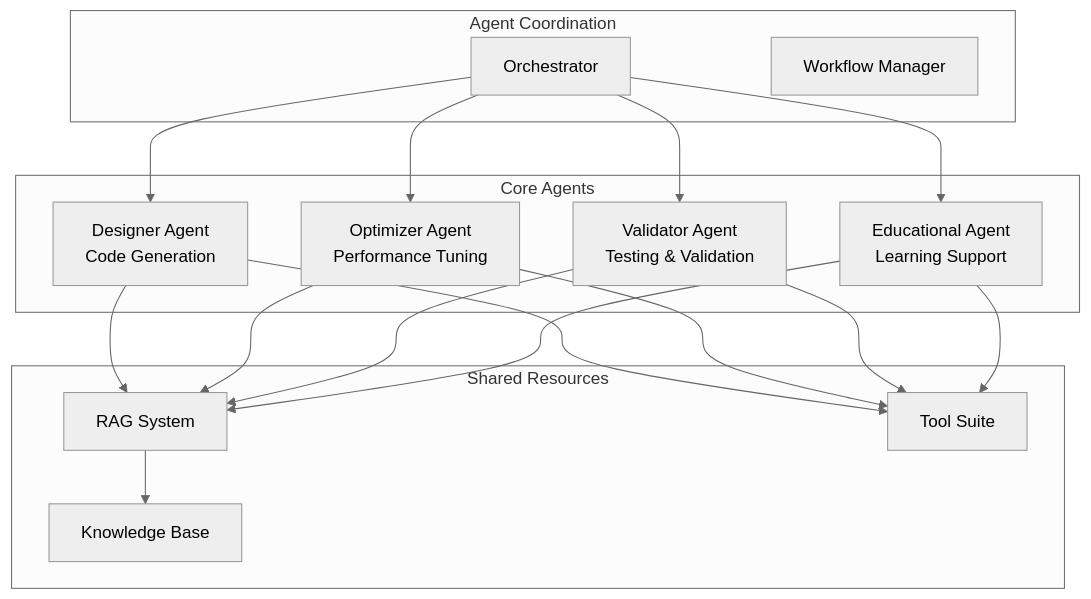
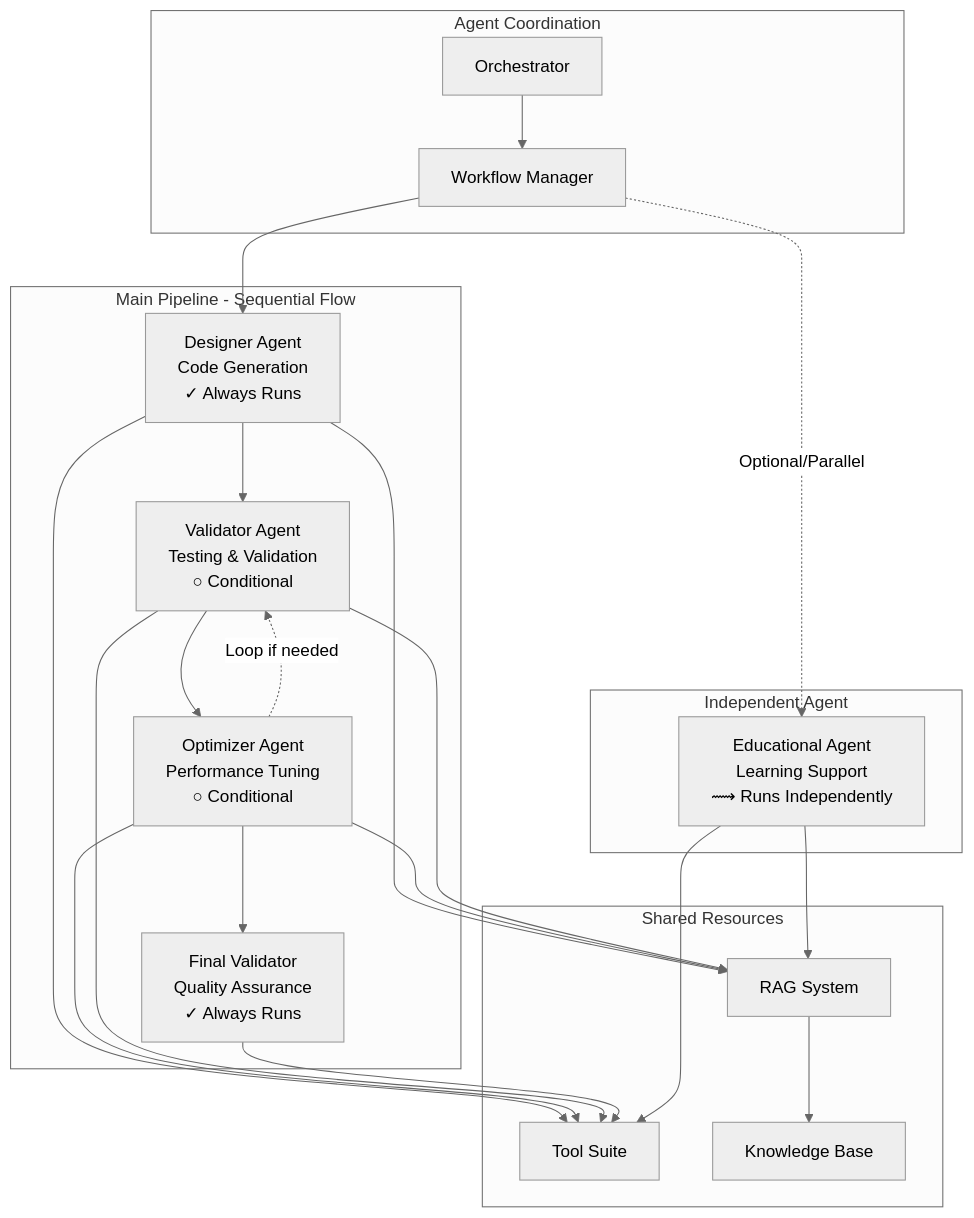
One commit to Umer-Farooq-CS/Cirq-RAG-Code-Assistant changed the first of 4 diagrams in docs/agents/README.md. Above: the diagram before and after it, drawn with Mermaid (neutral theme). The commit also changed other lines of this file and 8 other files, not shown here.

First line of the commit message:
docs: Update Agent Architecture to Sequential Pipeline

````diff
--- a/docs/agents/README.md
+++ b/docs/agents/README.md
@@ -9,37 +9,46 @@
 ```mermaid
 graph TD
     subgraph "Agent Coordination"
         ORCH[Orchestrator]
         WORKFLOW[Workflow Manager]
     end
     
-    subgraph "Core Agents"
-        DESIGNER[Designer Agent<br/>Code Generation]
-        OPTIMIZER[Optimizer Agent<br/>Performance Tuning]
-        VALIDATOR[Validator Agent<br/>Testing & Validation]
-        EDUCATIONAL[Educational Agent<br/>Learning Support]
+    subgraph "Main Pipeline - Sequential Flow"
+        DESIGNER[Designer Agent<br/>Code Generation<br/>✓ Always Runs]
+        VALIDATOR[Validator Agent<br/>Testing & Validation<br/>○ Conditional]
+        OPTIMIZER[Optimizer Agent<br/>Performance Tuning<br/>○ Conditional]
+        FINAL_VAL[Final Validator<br/>Quality Assurance<br/>✓ Always Runs]
+    end
+    
+    subgraph "Independent Agent"
+        EDUCATIONAL[Educational Agent<br/>Learning Support<br/>⟿ Runs Independently]
     end
     
     subgraph "Shared Resources"
         RAG[RAG System]
         TOOLS[Tool Suite]
         KB[Knowledge Base]
     end
     
-    ORCH --> DESIGNER
-    ORCH --> OPTIMIZER
-    ORCH --> VALIDATOR
-    ORCH --> EDUCATIONAL
+    ORCH --> WORKFLOW
+    WORKFLOW --> DESIGNER
+    DESIGNER --> VALIDATOR
+    VALIDATOR --> OPTIMIZER
+    OPTIMIZER -.->|Loop if needed| VALIDATOR
+    OPTIMIZER --> FINAL_VAL
+    
+    WORKFLOW -.->|Optional/Parallel| EDUCATIONAL
     
     DESIGNER --> RAG
     OPTIMIZER --> RAG
     VALIDATOR --> RAG
     EDUCATIONAL --> RAG
     
     DESIGNER --> TOOLS
     OPTIMIZER --> TOOLS
     VALIDATOR --> TOOLS
+    FINAL_VAL --> TOOLS
     EDUCATIONAL --> TOOLS
     
     RAG --> KB
 ```
````
